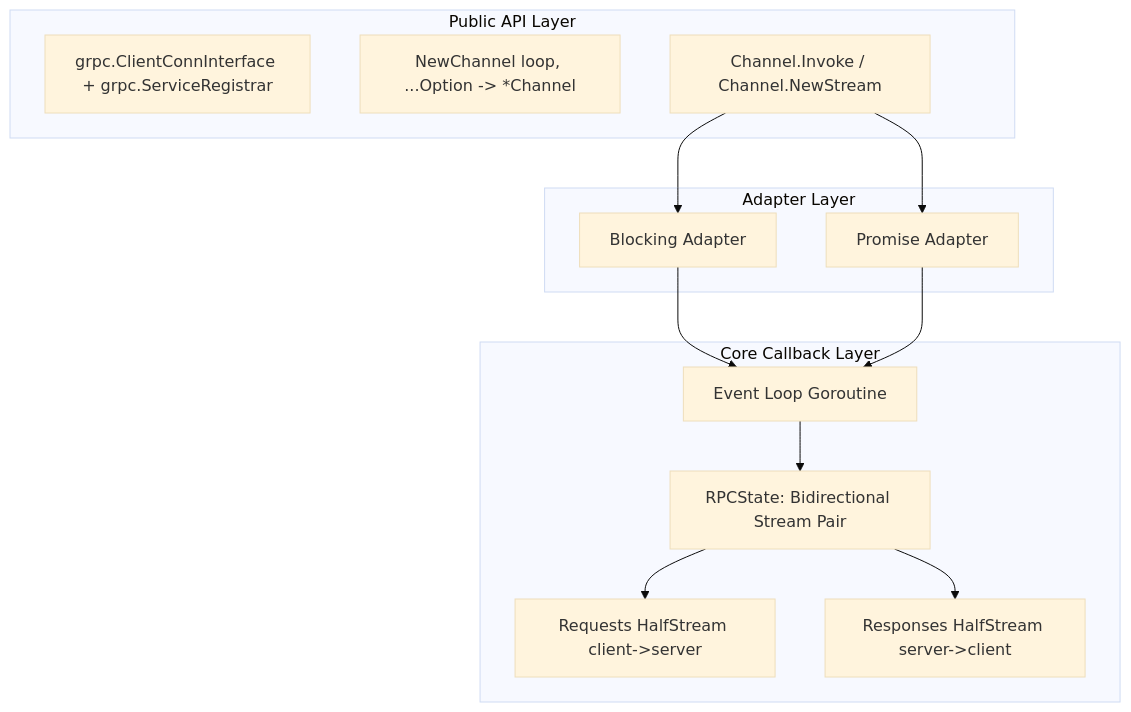
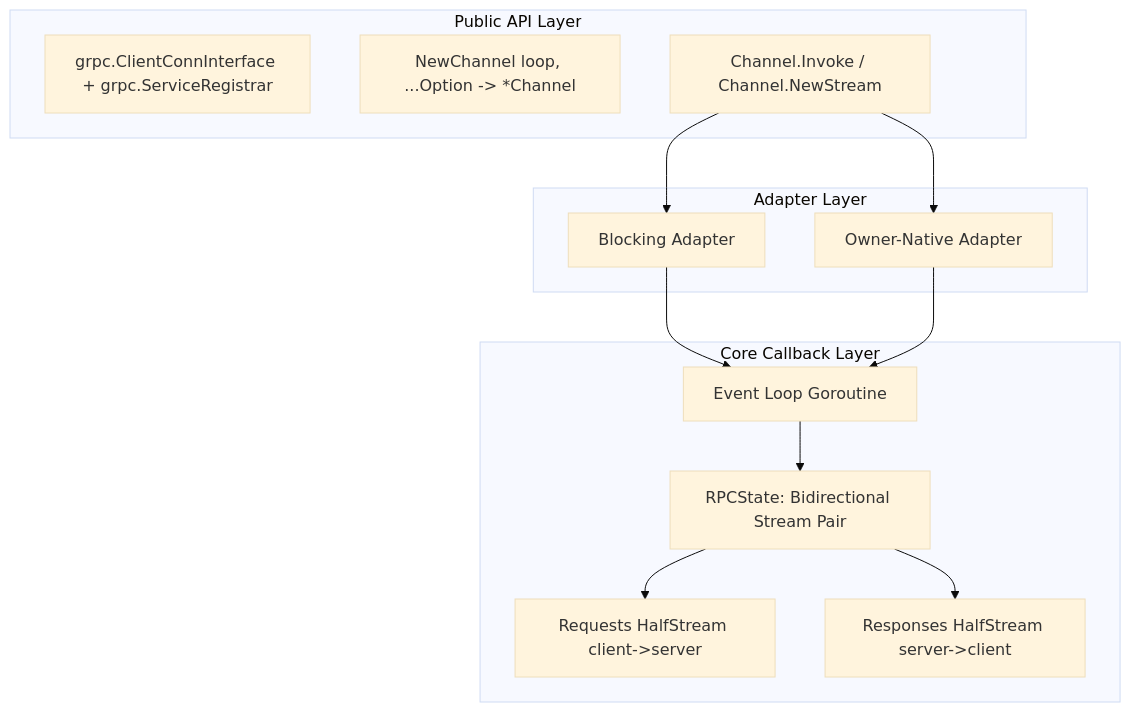
Before and after one commit to joeycumines/go-utilpkg: the first of 3 diagrams in inprocgrpc/docs/design.md, drawn with Mermaid (base theme). The commit also changed other lines of this file and 3395 other files, not shown here.

````diff
--- a/inprocgrpc/docs/design.md
+++ b/inprocgrpc/docs/design.md
@@ -23,29 +34,29 @@
 ```mermaid
 graph TD
     subgraph Public_API_Layer ["Public API Layer"]
         A["grpc.ClientConnInterface + grpc.ServiceRegistrar"]
         B["NewChannel loop, ...Option -> *Channel"]
         C["Channel.Invoke / Channel.NewStream"]
     end
 
     subgraph Adapter_Layer ["Adapter Layer"]
         D["Blocking Adapter"]
-        E["Promise Adapter"]
+        E["Owner-Native Adapter"]
     end
 
     subgraph Core_Layer ["Core Callback Layer"]
         F["Event Loop Goroutine"]
         G["RPCState: Bidirectional Stream Pair"]
         H["Requests HalfStream client->server"]
         I["Responses HalfStream server->client"]
     end
 
     C --> D
     C --> E
     D --> F
     E --> F
     F --> G
     G --> H
     G --> I
 
 ```
````
